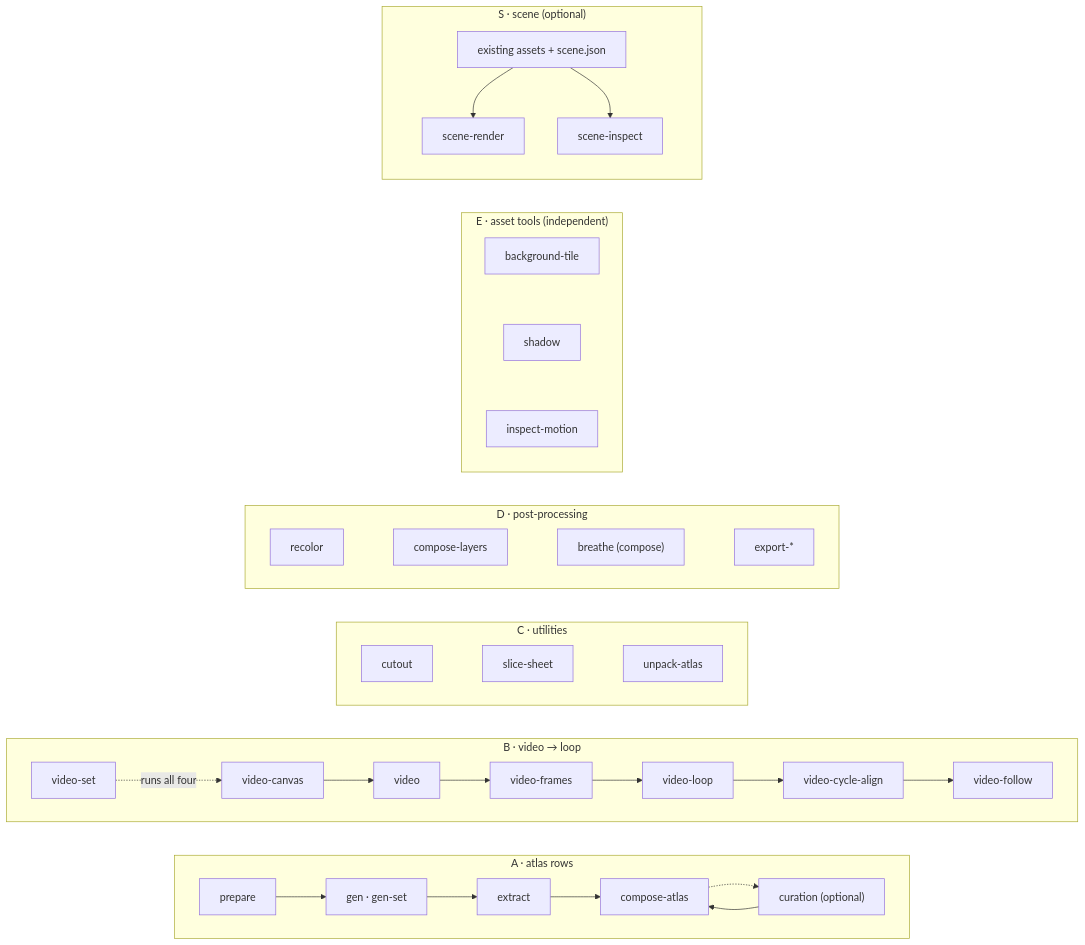
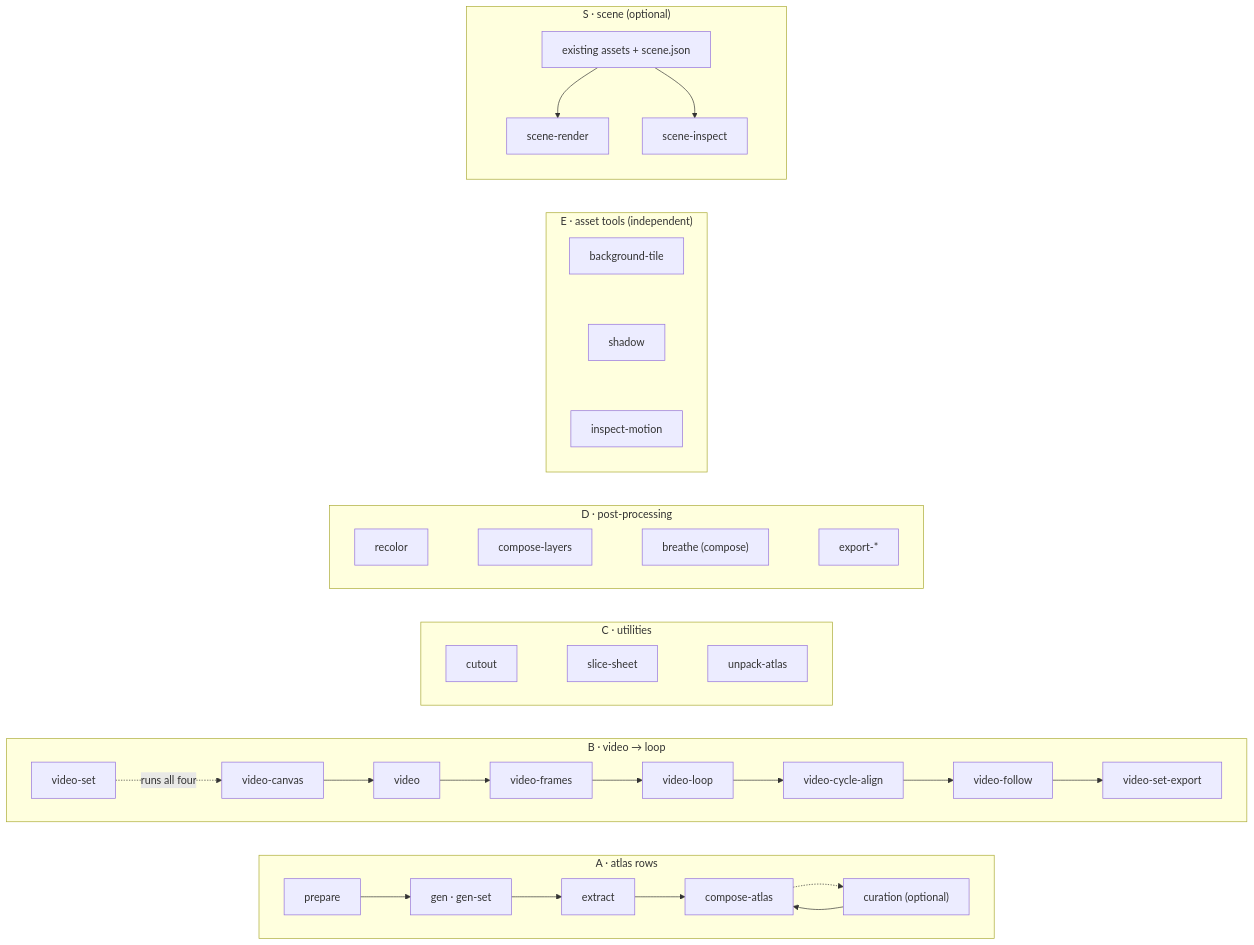
Before and after one commit to aldegad/sprite-gen: the diagram in docs/README.md, drawn with Mermaid. The commit also changed other lines of this file and 8 other files, not shown here.

First line of the commit message:
feat(video): video-set-export — a finished video-set as one eight-heading set for a top-down game

````diff
--- a/docs/README.md
+++ b/docs/README.md
@@ -7,30 +7,31 @@
 ```mermaid
 flowchart LR
     subgraph A["A · atlas rows"]
         direction LR
         a1[prepare] --> a2["gen · gen-set"] --> a3[extract] --> a5[compose-atlas]
         a5 -.-> a4["curation (optional)"]
         a4 --> a5
     end
     subgraph B["B · video → loop"]
         direction LR
         b1[video-canvas] --> b2[video] --> b3[video-frames] --> b4[video-loop]
         b5[video-set] -.runs all four.-> b1
         b4 --> b6[video-cycle-align] --> b7[video-follow]
+        b7 --> b8[video-set-export]
     end
     subgraph C["C · utilities"]
         direction LR
         c1[cutout] ~~~ c2[slice-sheet] ~~~ c3[unpack-atlas]
     end
     subgraph D["D · post-processing"]
         direction LR
         d1[recolor] ~~~ d2[compose-layers] ~~~ d3["breathe (compose)"] ~~~ d4[export-*]
     end
     subgraph E["E · asset tools (independent)"]
         e1[background-tile] ~~~ e2[shadow] ~~~ e3[inspect-motion]
     end
     subgraph S["S · scene (optional)"]
         s1["existing assets + scene.json"] --> s2[scene-render]
         s1 --> s3[scene-inspect]
     end
 ```
````
